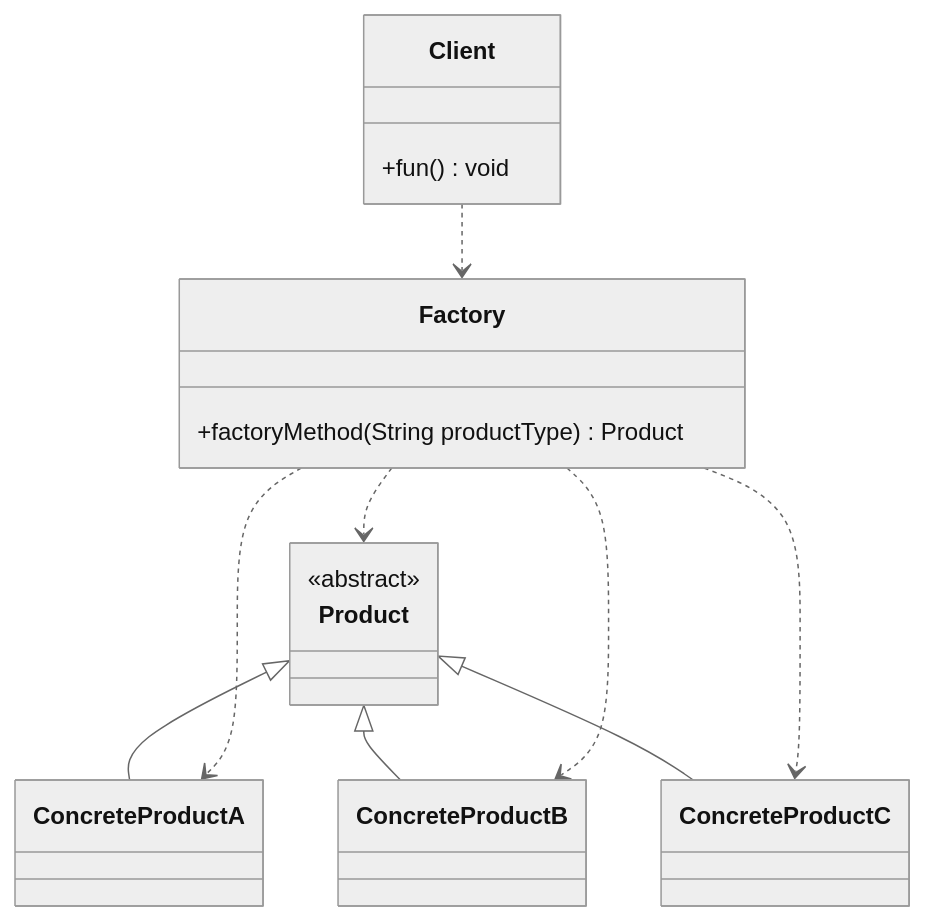
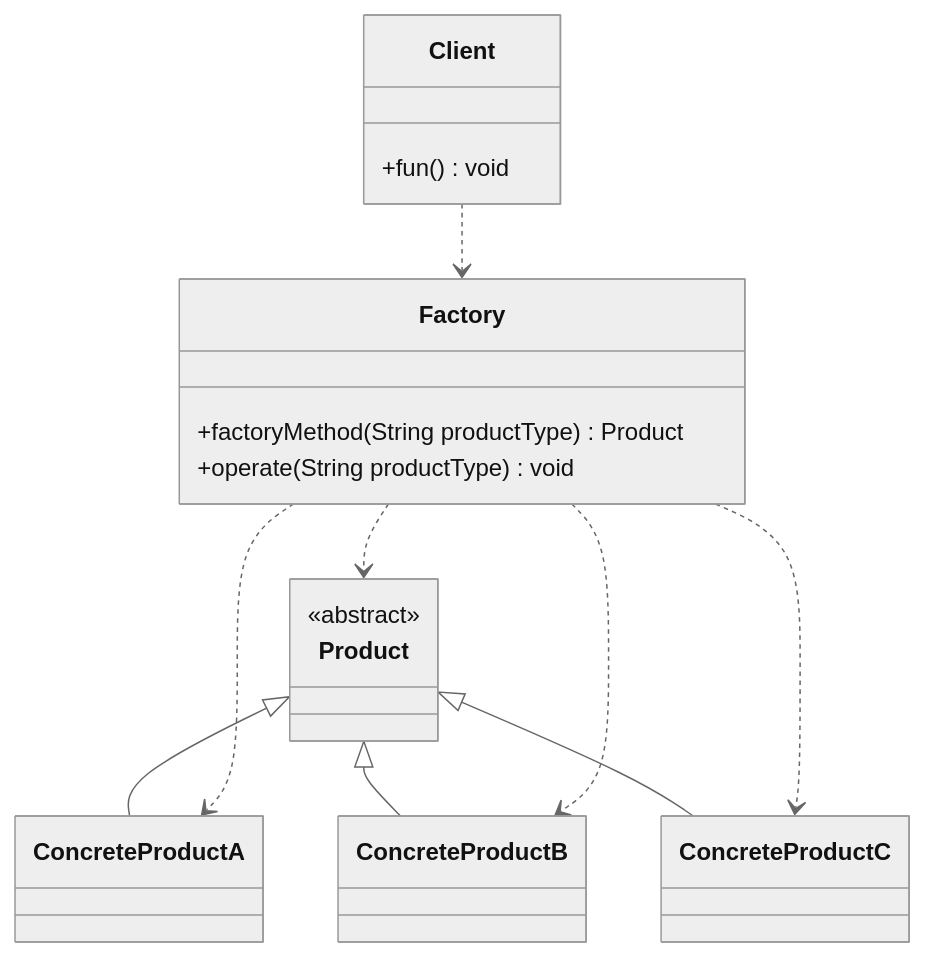
Before and after one commit to lingwh1995/books: diagram 15 of 22 in general/designpattern/designpattern-java/designpattern-java.md, drawn with Mermaid (neutral theme). The commit also changed other lines of this file, not shown here.

````diff
--- a/general/designpattern/designpattern-java/designpattern-java.md
+++ b/general/designpattern/designpattern-java/designpattern-java.md
@@ -783,24 +773,25 @@
 ```mermaid
 classDiagram
     Client ..> Factory
     Product <|-- ConcreteProductA
     Product <|-- ConcreteProductB
     Product <|-- ConcreteProductC
     Factory ..> Product
     Factory ..> ConcreteProductA
     Factory ..> ConcreteProductB
     Factory ..> ConcreteProductC
     class ConcreteProductA{
     }
     class ConcreteProductB{
     }
     class ConcreteProductC{
     }
     class Factory {
         +factoryMethod(String productType) Product
+        +operate(String productType) void
     }
     class Client {
         +fun() void
     }
     <<abstract>> Product
 ```
````
